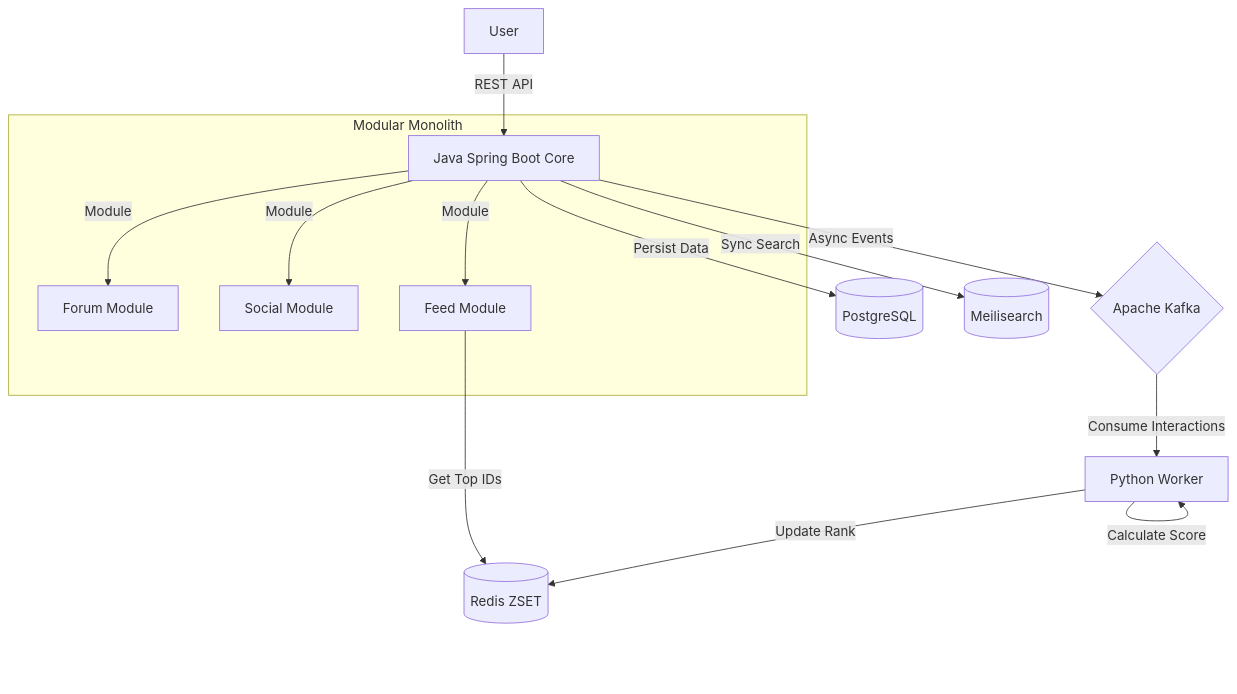
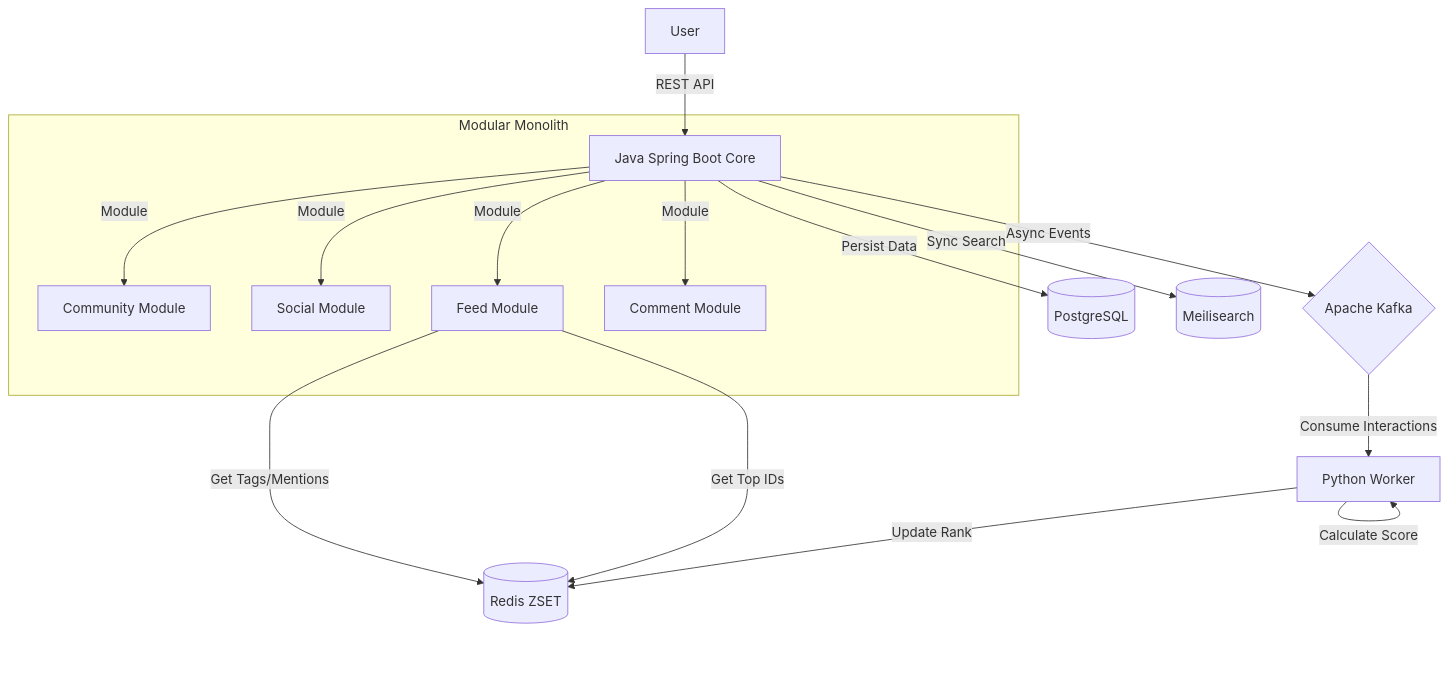
One commit to Dixeliare/silre-backend changed the diagram in docs/technical-design.md. Above: the diagram before and after it, drawn with Mermaid. The commit also changed other lines of this file and 33 other files, not shown here.

````diff
--- a/docs/technical-design.md
+++ b/docs/technical-design.md
@@ -43,20 +47,22 @@
 ```mermaid
 graph TD
     User -->|REST API| JavaApp[Java Spring Boot Core]
     
     subgraph "Modular Monolith"
-        JavaApp -->|Module| ModForum[Forum Module]
+        JavaApp -->|Module| ModCommunity[Community Module]
         JavaApp -->|Module| ModSocial[Social Module]
         JavaApp -->|Module| ModFeed[Feed Module]
+        JavaApp -->|Module| ModComment[Comment Module]
     end
 
     JavaApp -->|Async Events| Kafka{Apache Kafka}
     Kafka -->|Consume Interactions| PyWorker[Python Worker]
     
     PyWorker -->|Calculate Score| PyWorker
     PyWorker -->|Update Rank| Redis[(Redis ZSET)]
     
     ModFeed -->|Get Top IDs| Redis
+    ModFeed -->|Get Tags/Mentions| Redis
     JavaApp -->|Persist Data| DB[(PostgreSQL)]
     JavaApp -->|Sync Search| Meili[(Meilisearch)]
 ```
````
